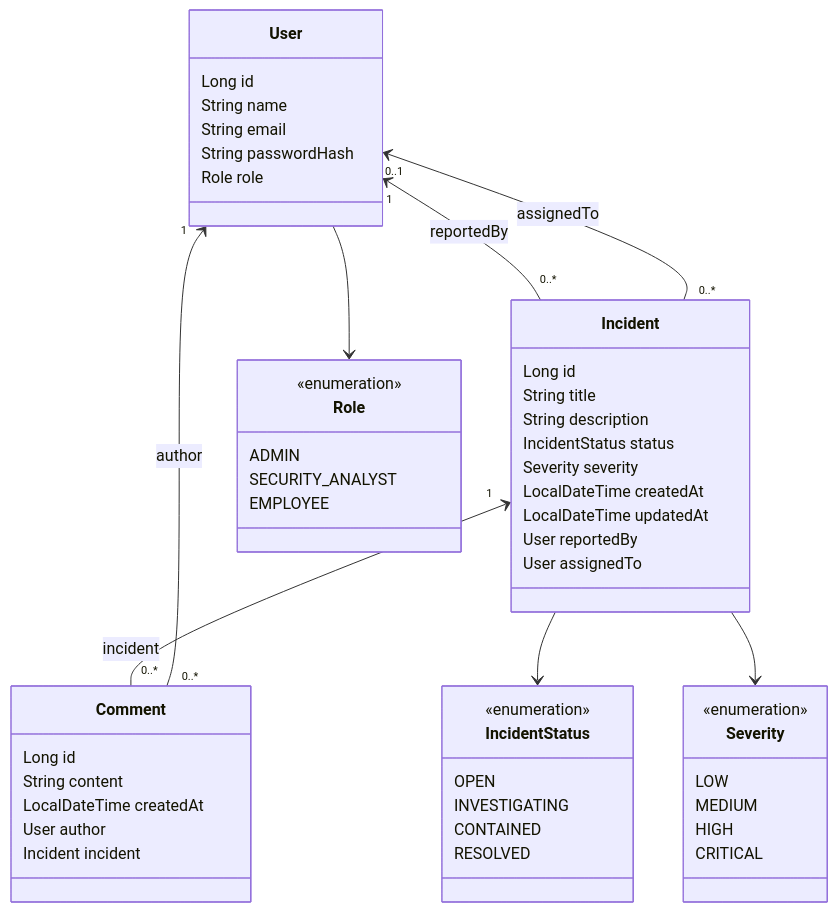
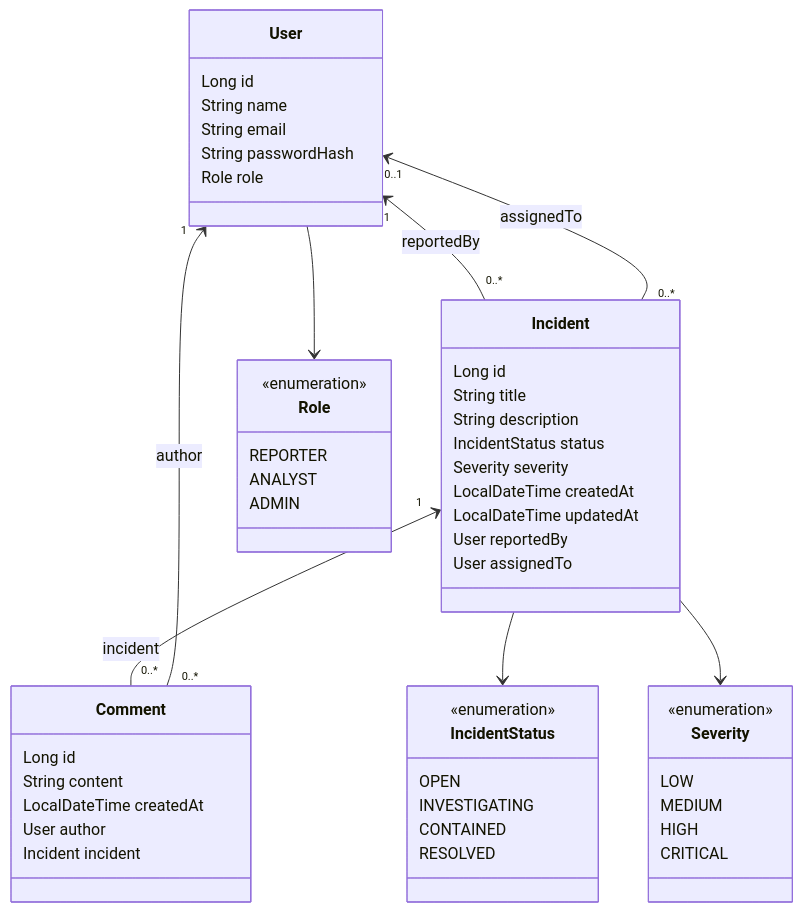
The diagram in docs/entity-diagram.md (nykantwi/SM3-projekt---Cyber-Incident-Tracker), drawn with Mermaid before and after one commit. The commit also changed other lines of this file and 6 other files, not shown here.

````diff
--- a/docs/entity-diagram.md
+++ b/docs/entity-diagram.md
@@ -17,61 +18,61 @@
 ```mermaid
 classDiagram
     class Incident {
         Long id
         String title
         String description
         IncidentStatus status
         Severity severity
         LocalDateTime createdAt
         LocalDateTime updatedAt
         User reportedBy
         User assignedTo
     }
 
     class User {
         Long id
         String name
         String email
         String passwordHash
         Role role
     }
 
     class Comment {
         Long id
         String content
         LocalDateTime createdAt
         User author
         Incident incident
     }
 
     class IncidentStatus {
         <<enumeration>>
         OPEN
         INVESTIGATING
         CONTAINED
         RESOLVED
     }
 
     class Severity {
         <<enumeration>>
         LOW
         MEDIUM
         HIGH
         CRITICAL
     }
 
     class Role {
         <<enumeration>>
+        REPORTER
+        ANALYST
         ADMIN
-        SECURITY_ANALYST
-        EMPLOYEE
     }
 
     User "1" <-- "0..*" Incident : reportedBy
     User "0..1" <-- "0..*" Incident : assignedTo
     Incident "1" <-- "0..*" Comment : incident
     User "1" <-- "0..*" Comment : author
     Incident --> IncidentStatus
     Incident --> Severity
     User --> Role
 ```
````
